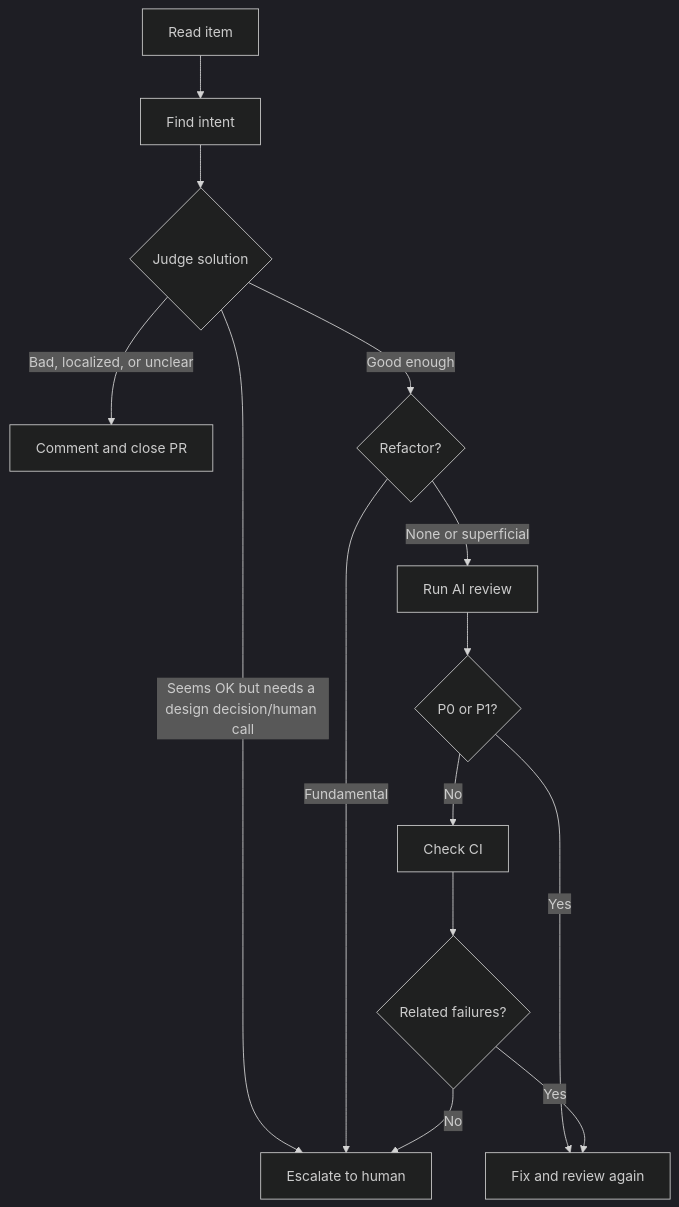
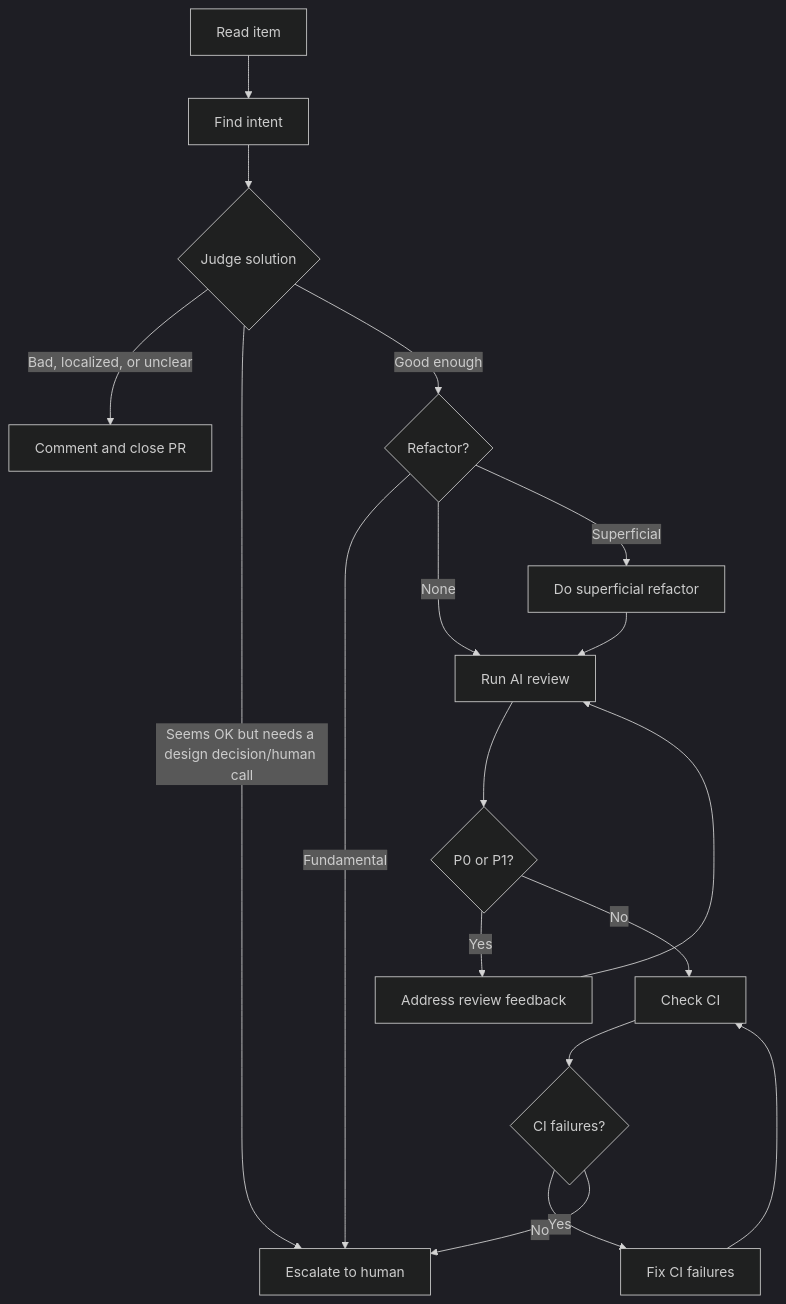
Before and after one commit to osolmaz/tools: the diagram in agents/prompts/pr-issue-triage.md, drawn with Mermaid (dark theme). The commit also changed other lines of this file, not shown here.

Commit message:
docs: refine triage flow review and ci loops

````diff
--- a/agents/prompts/pr-issue-triage.md
+++ b/agents/prompts/pr-issue-triage.md
@@ -5,16 +5,20 @@
 ```mermaid
 flowchart TD
     A[Read item] --> B[Find intent]
     B --> C{Judge solution}
     C -->|Bad, localized, or unclear| D[Comment and close PR]
     C -->|Seems OK but needs a design decision/human call| E[Escalate to human]
     C -->|Good enough| F{Refactor?}
     F -->|Fundamental| E
-    F -->|None or superficial| G[Run AI review]
+    F -->|None| G[Run AI review]
+    F -->|Superficial| R[Do superficial refactor]
+    R --> G
     G --> H{P0 or P1?}
-    H -->|Yes| I[Fix and review again]
+    H -->|Yes| I[Address review feedback]
+    I --> G
     H -->|No| J[Check CI]
-    J --> K{Related failures?}
-    K -->|Yes| I
+    J --> K{CI failures?}
+    K -->|Yes| L[Fix CI failures]
+    L --> J
     K -->|No| E
 ```
````
